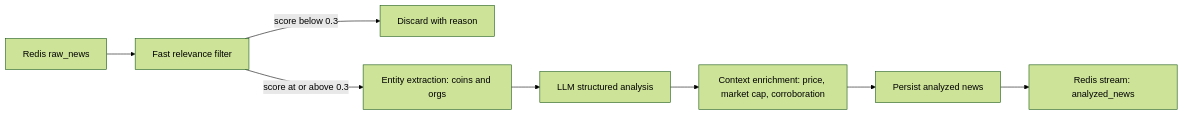
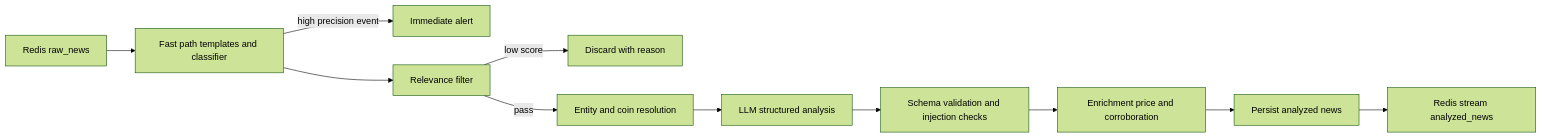
Before and after one commit to mmshamlurad404-netizen/newstrade1: the diagram in docs/03-phase-2-analysis-and-signals.md, drawn with Mermaid (forest theme). The commit also changed other lines of this file and 10 other files, not shown here.

````diff
--- a/docs/03-phase-2-analysis-and-signals.md
+++ b/docs/03-phase-2-analysis-and-signals.md
@@ -8,10 +8,13 @@
 ```mermaid
 flowchart LR
-    RAW["Redis raw_news"] --> F1["Fast relevance filter"]
-    F1 -->|"score below 0.3"| DROP["Discard with reason"]
-    F1 -->|"score at or above 0.3"| ENT["Entity extraction: coins and orgs"]
+    RAW["Redis raw_news"] --> FAST["Fast path templates and classifier"]
+    FAST -->|"high precision event"| ALERT["Immediate alert"]
+    FAST --> FILT["Relevance filter"]
+    FILT -->|"low score"| DROP["Discard with reason"]
+    FILT -->|"pass"| ENT["Entity and coin resolution"]
     ENT --> LLM["LLM structured analysis"]
-    LLM --> ENRICH["Context enrichment: price, market cap, corroboration"]
+    LLM --> VAL["Schema validation and injection checks"]
+    VAL --> ENRICH["Enrichment price and corroboration"]
     ENRICH --> SAVE["Persist analyzed news"]
-    SAVE --> SIGQ["Redis stream: analyzed_news"]
+    SAVE --> SIGQ["Redis stream analyzed_news"]
 ```
````
